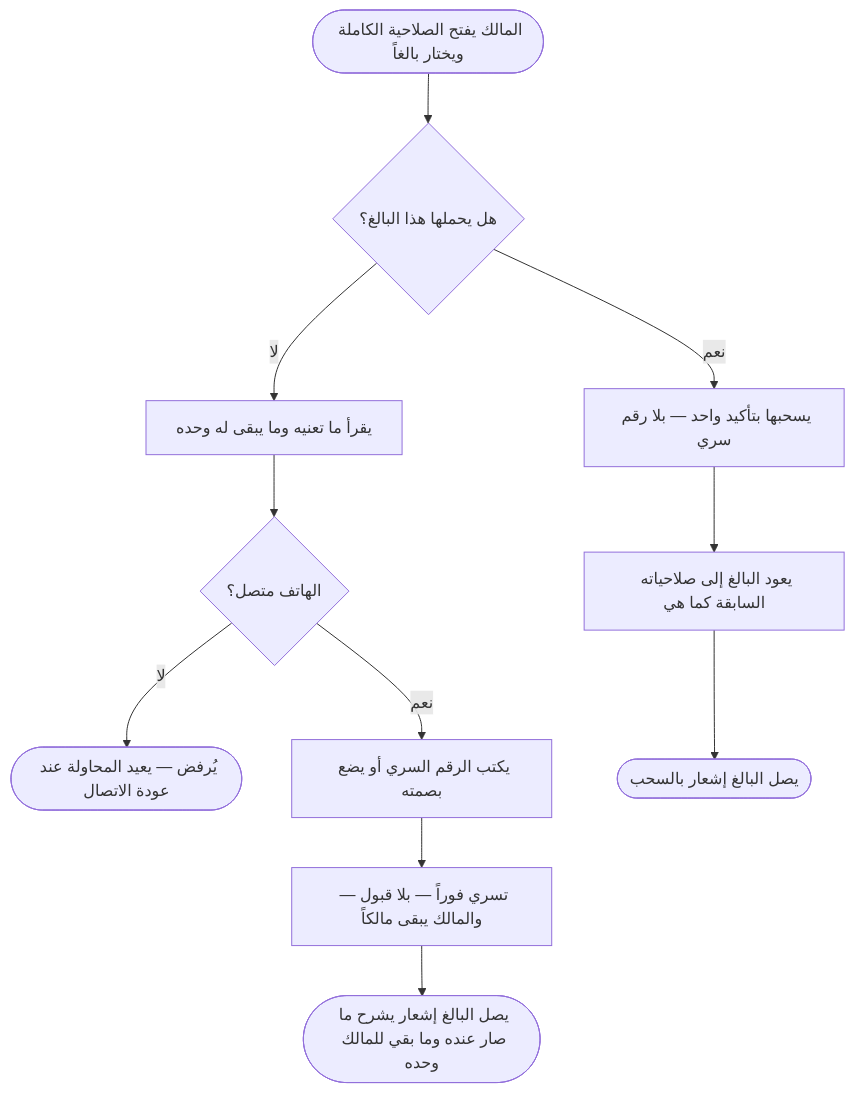
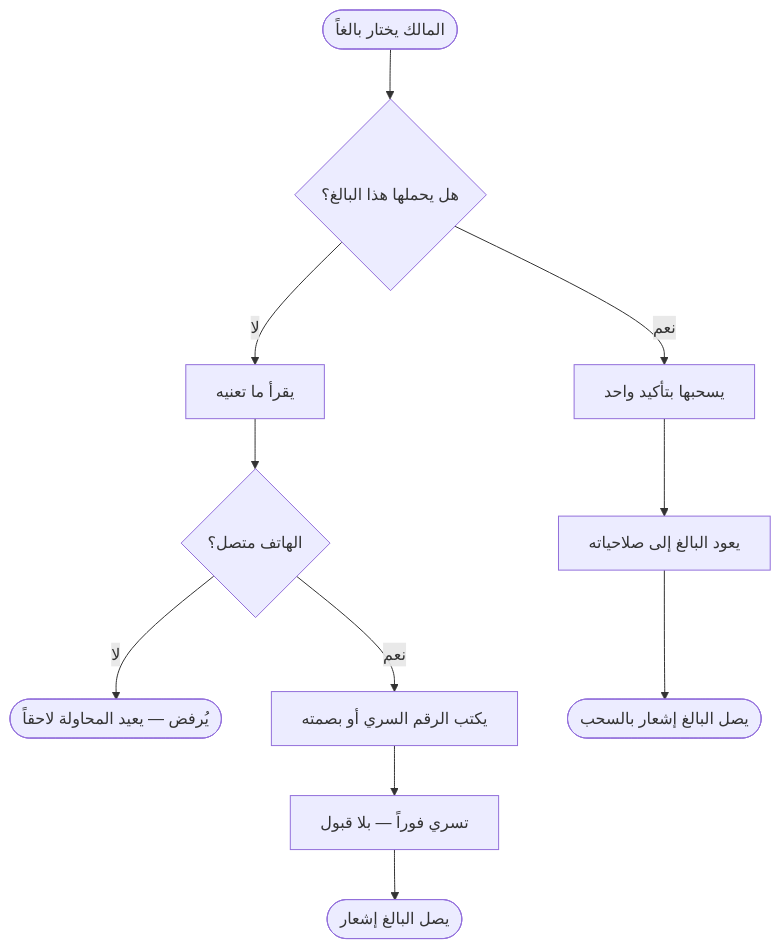
Before and after one commit to Bassam-mohammed-alqaeadi/family-os-v2: diagram 20 of 33 in docs/family-os/governance/phases/phase-1/S1-03-family-roles-and-permissions/DIAGRAMS.md, drawn with Mermaid. The commit also changed other lines of this file, not shown here.

````diff
--- a/docs/family-os/governance/phases/phase-1/S1-03-family-roles-and-permissions/DIAGRAMS.md
+++ b/docs/family-os/governance/phases/phase-1/S1-03-family-roles-and-permissions/DIAGRAMS.md
@@ -752,13 +821,13 @@
 ```mermaid
 flowchart TD
-    B1([المالك يفتح الصلاحية الكاملة ويختار بالغاً]) --> B2{هل يحملها هذا البالغ؟}
-    B2 -->|لا| B3[يقرأ ما تعنيه وما يبقى له وحده]
+    B1([المالك يختار بالغاً]) --> B2{هل يحملها هذا البالغ؟}
+    B2 -->|لا| B3[يقرأ ما تعنيه]
     B3 --> B4{الهاتف متصل؟}
-    B4 -->|لا| B5([يُرفض — يعيد المحاولة عند عودة الاتصال])
-    B4 -->|نعم| B6[يكتب الرقم السري أو يضع بصمته]
-    B6 --> B7[تسري فوراً — بلا قبول — والمالك يبقى مالكاً]
-    B7 --> B8([يصل البالغ إشعار يشرح ما صار عنده وما بقي للمالك وحده])
-    B2 -->|نعم| B9[يسحبها بتأكيد واحد — بلا رقم سري]
-    B9 --> B10[يعود البالغ إلى صلاحياته السابقة كما هي]
+    B4 -->|لا| B5([يُرفض — يعيد المحاولة لاحقاً])
+    B4 -->|نعم| B6[يكتب الرقم السري أو بصمته]
+    B6 --> B7[تسري فوراً — بلا قبول]
+    B7 --> B8([يصل البالغ إشعار])
+    B2 -->|نعم| B9[يسحبها بتأكيد واحد]
+    B9 --> B10[يعود البالغ إلى صلاحياته]
     B10 --> B11([يصل البالغ إشعار بالسحب])
 ```
````
